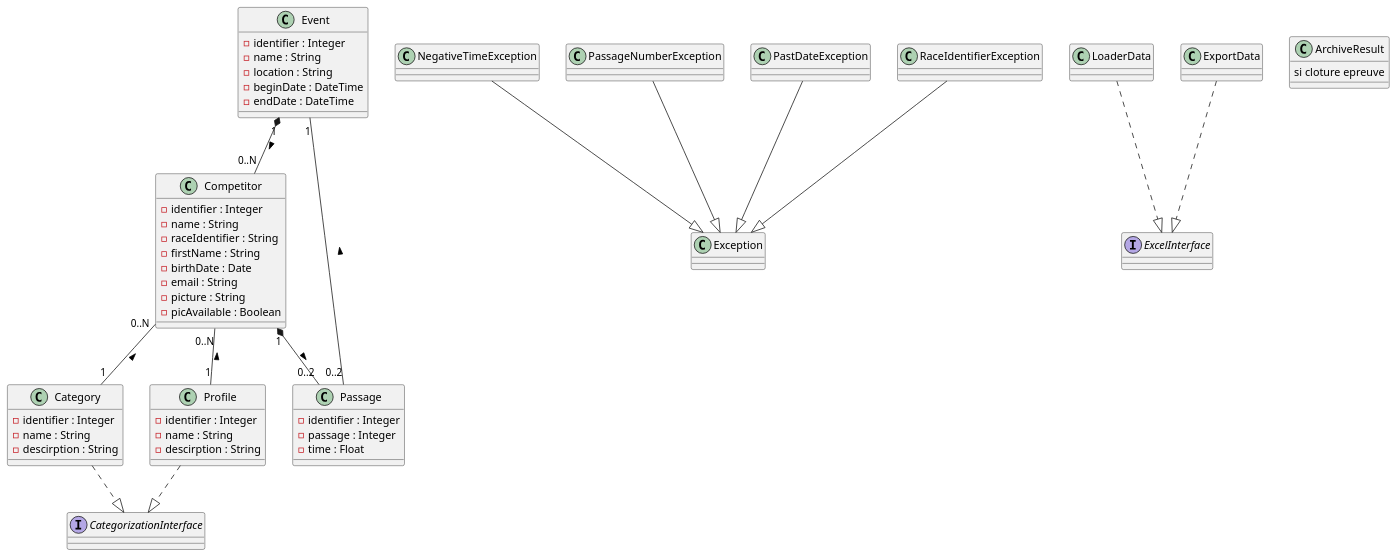
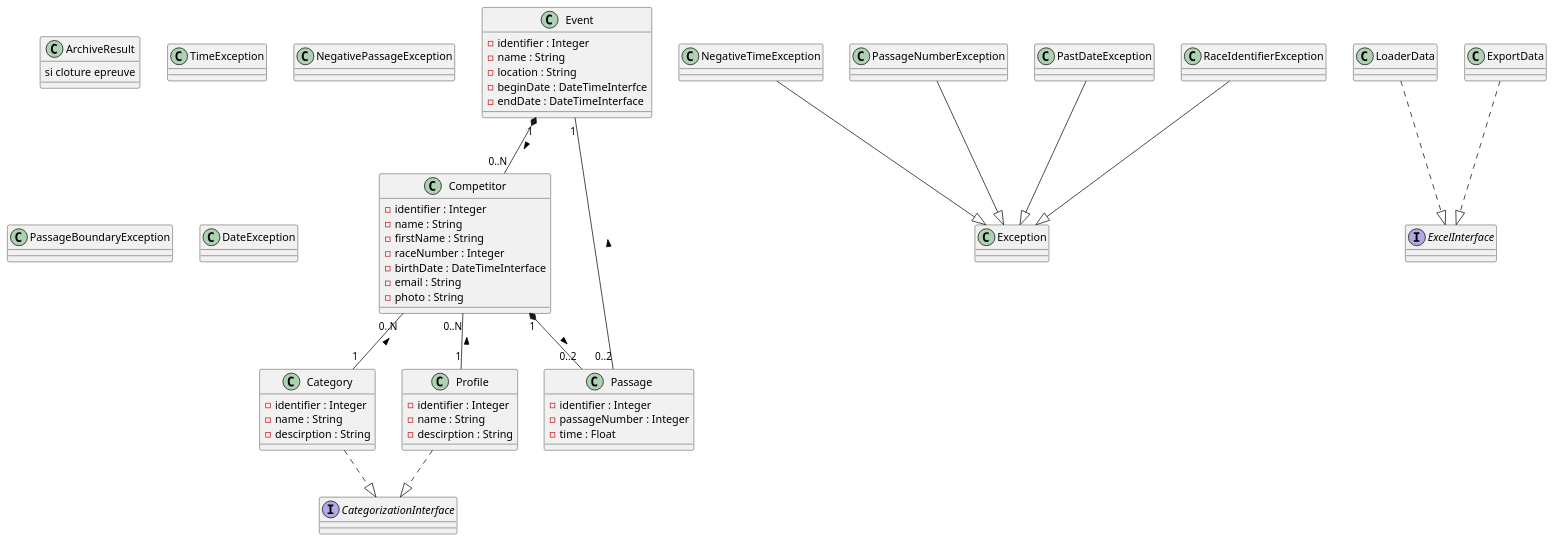
Before and after one commit to Romain597/ski-championship: the diagram in Diagramme_de_classe.puml, drawn with PlantUML. The commit also changed 16 other files, not shown here.

```diff
--- a/Diagramme_de_classe.puml
+++ b/Diagramme_de_classe.puml
@@ -1,58 +1,60 @@
 @startuml skicuplogitud
 Event "1" *-- "0..N" Competitor : >
 Competitor "1" *-- "0..2" Passage : >
 Competitor "0..N" -- "1" Category : <
 Competitor "0..N" -- "1" Profile : <
 Passage "0..2" -- "1" Event : >
 Category ..|> CategorizationInterface
 Profile ..|> CategorizationInterface
 NegativeTimeException --|> Exception
 PassageNumberException --|> Exception
 PastDateException --|> Exception
 RaceIdentifierException --|> Exception
 LoaderData ..|> ExcelInterface
 ExportData ..|> ExcelInterface
 class Event {
     -identifier : Integer
     -name : String
     -location : String
-    -beginDate : DateTime
-    -endDate : DateTime
+    -beginDate : DateTimeInterfce
+    -endDate : DateTimeInterface
 }
 class Competitor {
     -identifier : Integer
     -name : String
-    -raceIdentifier : String
     -firstName : String
-    -birthDate : Date
+    -raceNumber : Integer
+    -birthDate : DateTimeInterface
     -email : String
-    -picture : String
-    -picAvailable : Boolean
+    -photo : String
 }
 class Category {
     -identifier : Integer
     -name : String
     -descirption : String
 }
 class Profile {
     -identifier : Integer
     -name : String
     -descirption : String
 }
 class Passage {
     -identifier : Integer
-    -passage : Integer
+    -passageNumber : Integer
     -time : Float
 }
 class ArchiveResult {
     si cloture epreuve
 }
 class Exception
 class NegativeTimeException
-class PassageNumberException
+class TimeException
+class NegativePassageException
+class PassageBoundaryException
 class PastDateException
+class DateException
 class LoaderData
 class ExportData
 interface ExcelInterface
 interface CategorizationInterface
 @enduml
```
